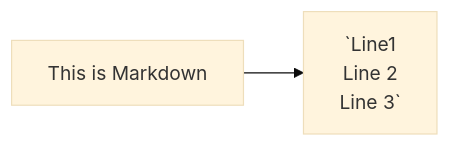
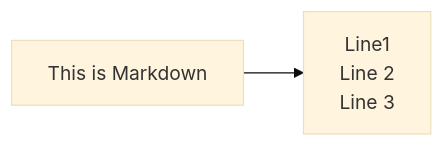
The fourth of 4 diagrams in Topology.md (notkasim/DOCS), drawn with Mermaid (base theme) before and after one commit.

````diff
--- a/Topology.md
+++ b/Topology.md
@@ -27,8 +27,8 @@
 ```mermaid
 flowchart LR;
     markdown[This is Markdown]
-    newLines[`Line1
+    newLines[Line1
     Line 2
-    Line 3`]
+    Line 3]
     markdown --> newLines
 ```
````
